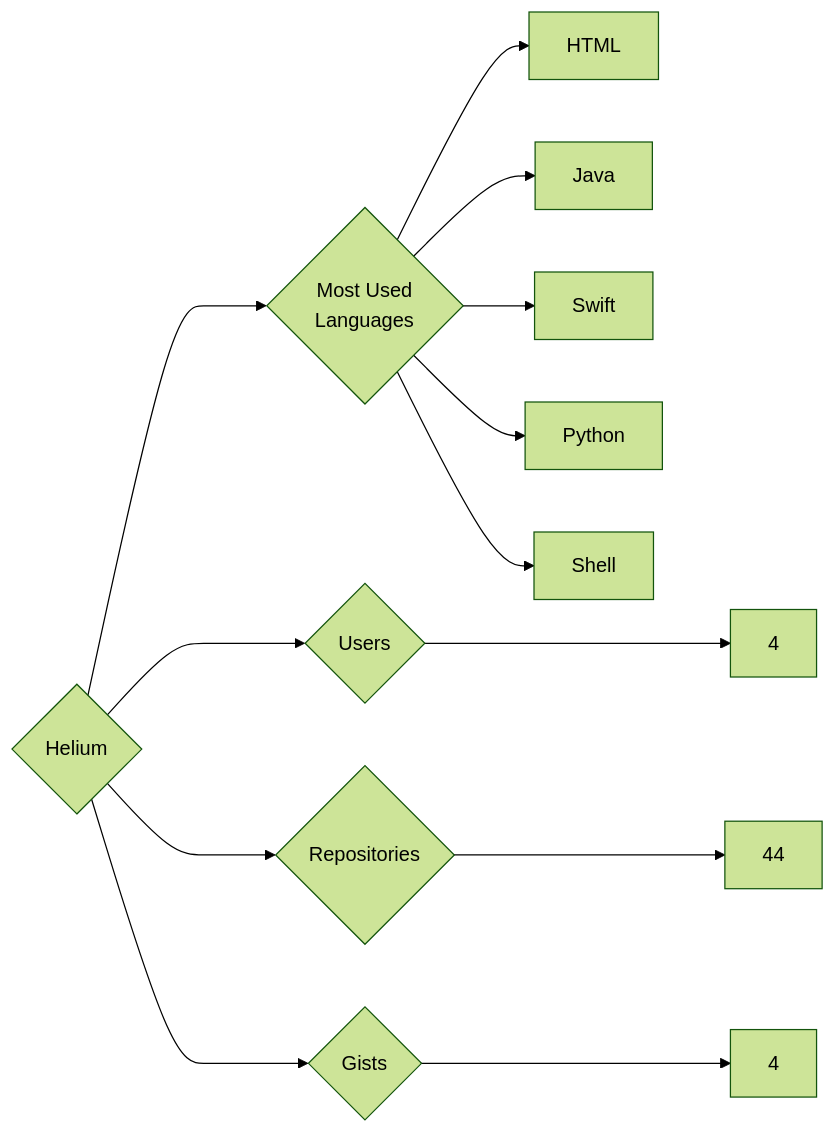
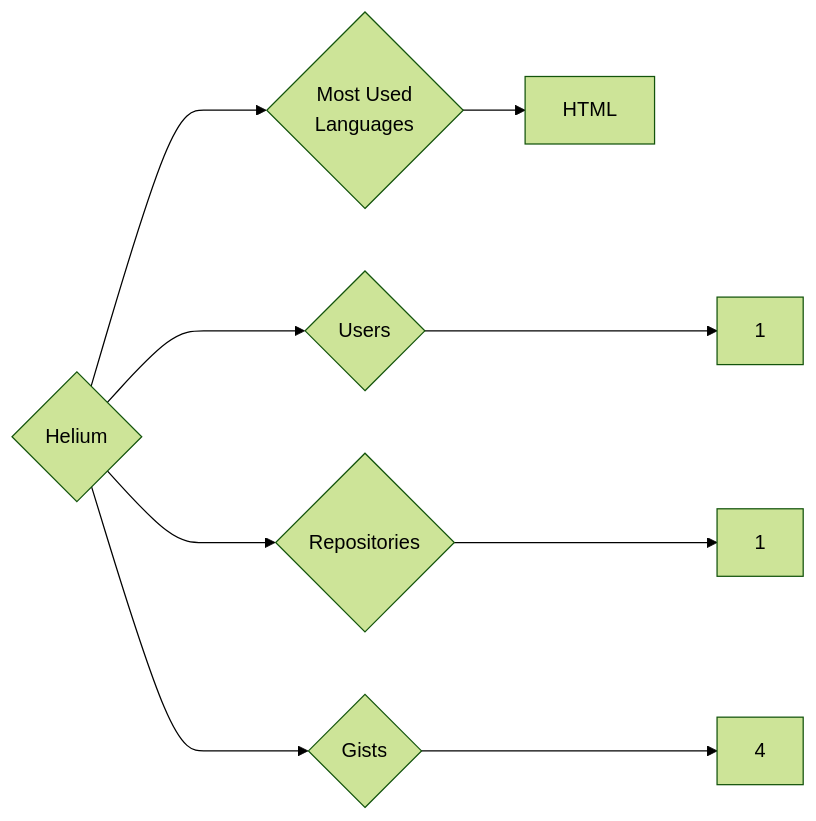
The diagram in targets/Helium/README.md (trickest/insiders), drawn with Mermaid (forest theme) before and after one commit. The commit also changed 865 other files, not shown here.

````diff
--- a/targets/Helium/README.md
+++ b/targets/Helium/README.md
@@ -3,13 +3,9 @@
 ```mermaid
 graph LR
 COMPANY_NAME{Helium}
-COMPANY_NAME ---> U{Users} ---> UN[4]
-COMPANY_NAME ---> R{Repositories} ---> RN[44]
+COMPANY_NAME ---> U{Users} ---> UN[1]
+COMPANY_NAME ---> R{Repositories} ---> RN[1]
 COMPANY_NAME ---> G{Gists} ---> GN[4]
 COMPANY_NAME ---> ML{Most Used<br>Languages}
 ML --> HTML[HTML]
-ML --> Java[Java]
-ML --> Swift[Swift]
-ML --> Python[Python]
-ML --> Shell[Shell]
 ```
````
